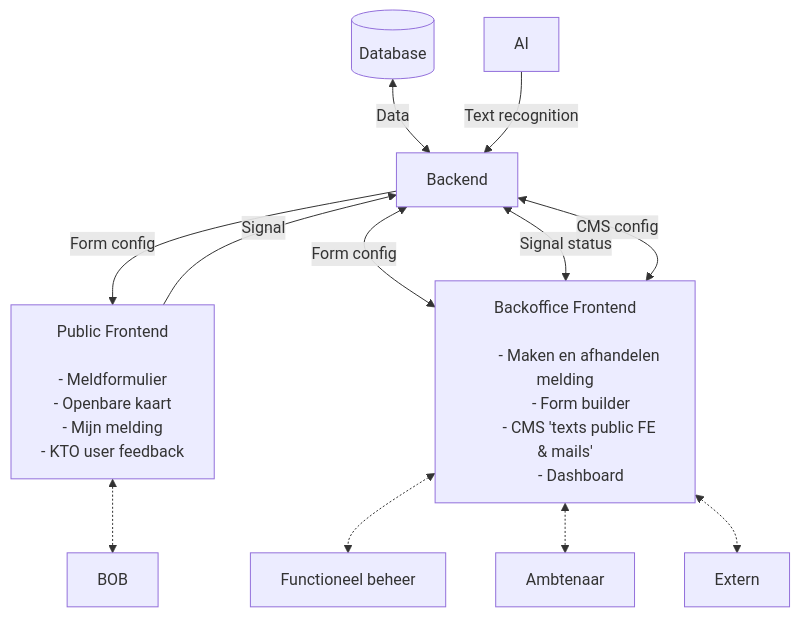
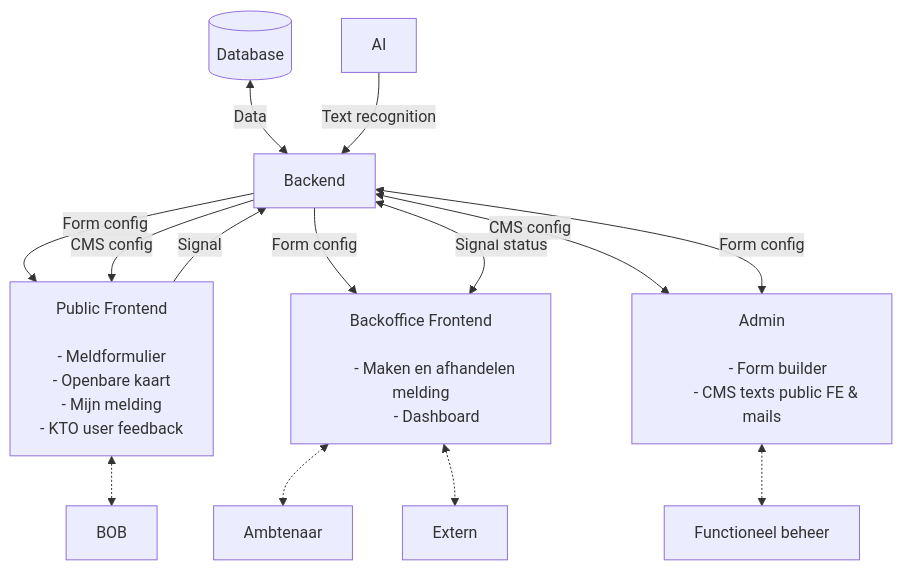
Before and after one commit to alimpens/sigv2: the diagram in docs/architecture.md, drawn with Mermaid.

Commit message:
Create seperate admin app

````diff
--- a/docs/architecture.md
+++ b/docs/architecture.md
@@ -3,28 +3,33 @@
 ```mermaid
 graph TD
     DB[("Database")] <-->|Data| BE["Backend"]
     AI -->|Text recognition| BE["Backend"]
     BE -->|Form config| PFE["
         Public Frontend
 
         - Meldformulier
         - Openbare kaart
         - Mijn melding
         - KTO user feedback
     "]
     PFE -->|Signal| BE
-    BE <-->|Form config| BFE["
+    BE -->|Form config| BFE["
         Backoffice Frontend
 
         - Maken en afhandelen melding
-        - Form builder
-        - CMS 'texts public FE & mails'
         - Dashboard
     "]
+    BE -->|CMS config| PFE
     BE <-->|Signal status| BFE
-    BE <-->|CMS config| BFE
+    BE <-->|CMS config| Admin["
+        Admin
+
+        - Form builder
+        - CMS texts public FE & mails
+    "]
+    BE <-->|Form config| Admin
     PFE <-.-> BOB
-    BFE <-.-> FB["Functioneel beheer"]
     BFE <-.-> AMBT["Ambtenaar"]
     BFE <-.-> EXT["Extern"]
+    Admin <-.-> FB["Functioneel beheer"]
 ```
````
